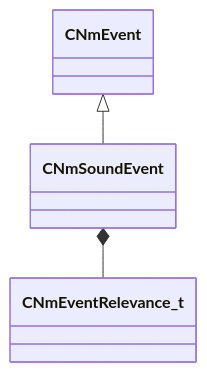
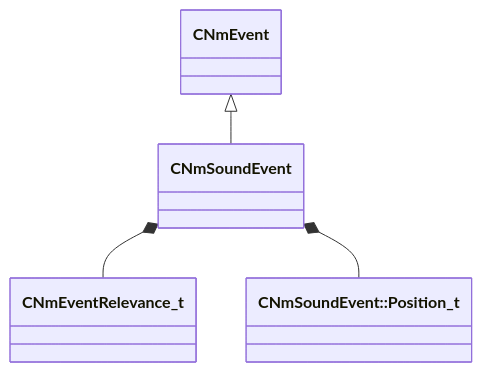
Before and after one commit to CS2OpenDev/CS2OpenDev-Docs: the diagram in docs/generated/schemas/animlib/CNmSoundEvent.md, drawn with Mermaid. The commit also changed other lines of this file and 4525 other files, not shown here.

````diff
--- a/docs/generated/schemas/animlib/CNmSoundEvent.md
+++ b/docs/generated/schemas/animlib/CNmSoundEvent.md
@@ -17,5 +19,6 @@
 ```mermaid
 classDiagram
     CNmEvent <|-- CNmSoundEvent
     CNmSoundEvent *-- CNmEventRelevance_t
+    CNmSoundEvent *-- `CNmSoundEvent::Position_t`
 ```
````
